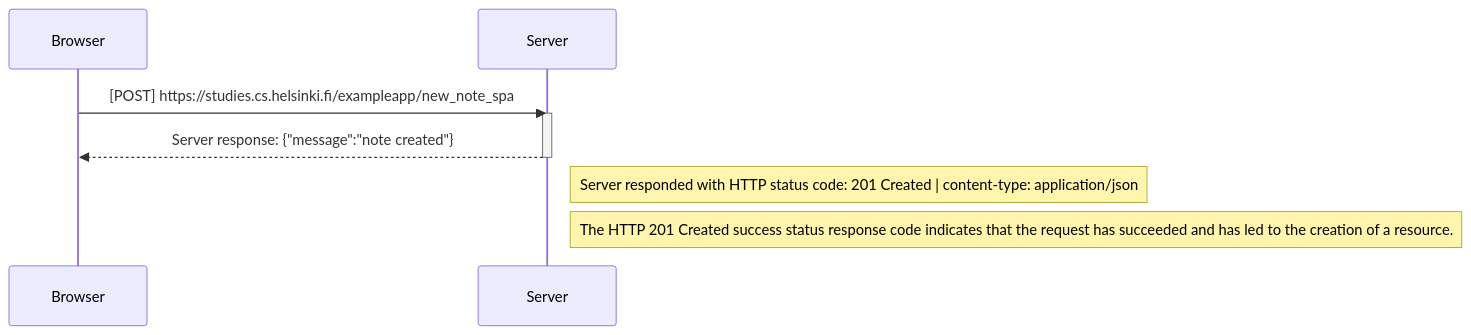
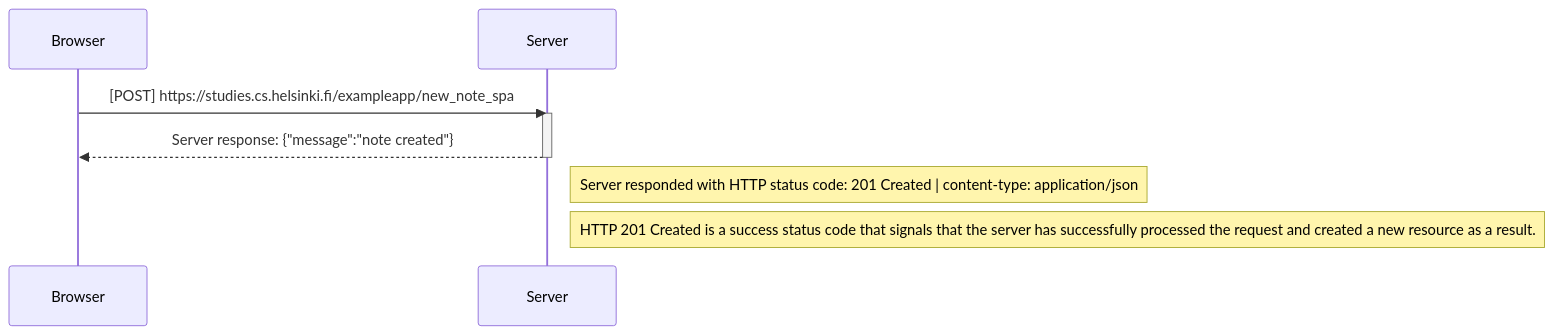
The diagram in Part0/0.6__New_Note_In_Single_Page_App_Diagram.md (Northcrisp/Full_Stack_Open), drawn with Mermaid before and after one commit.

Commit message:
Text update of diagram 0.6

````diff
--- a/Part0/0.6__New_Note_In_Single_Page_App_Diagram.md
+++ b/Part0/0.6__New_Note_In_Single_Page_App_Diagram.md
@@ -1,21 +1,21 @@
 ```mermaid
 sequenceDiagram
 
     participant browser as Browser
     participant server as Server
 
     %% ************************************************************************
     %% [Request/Response NR: 1 ************************************************
     %% ************************************************************************
 
     browser->>server: [POST] https://studies.cs.helsinki.fi/exampleapp/new_note_spa
     activate server
 
     server-->>browser: Server response: {"message":"note created"}
     deactivate server
 
     Note right of server: Server responded with HTTP status code: 201 Created | content-type: application/json;
 
-    Note right of server: The HTTP 201 Created success status response code indicates that the request has succeeded and has led to the creation of a resource.
+    Note right of server: HTTP 201 Created is a success status code that signals that the server has successfully processed the request and created a new resource as a result.
 
 ```
````
